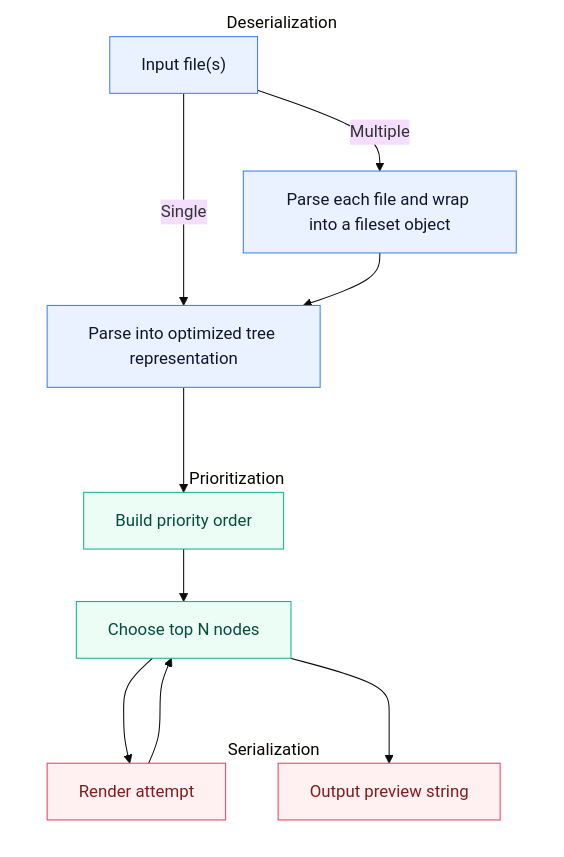
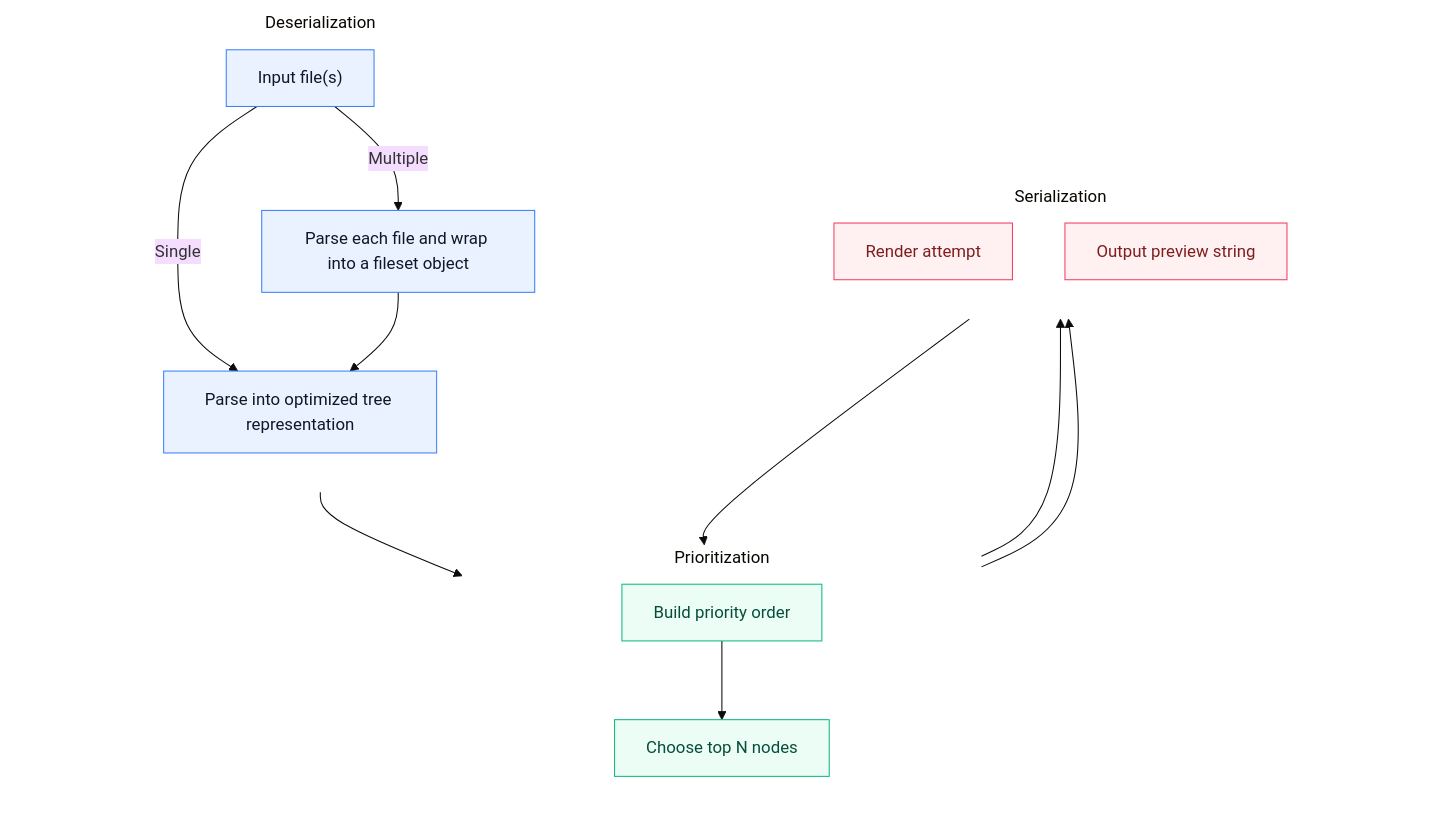
Before and after one commit to kantord/headson: the diagram in README.md, drawn with Mermaid (base theme).

````diff
--- a/README.md
+++ b/README.md
@@ -153,32 +153,42 @@
 ```mermaid
 flowchart TD
     subgraph Deserialization
+        direction TB
+        ZD1[" "]:::spacer
         A["Input file(s)"]
         A -- Single --> C["Parse into optimized tree representation"]
         A -- Multiple --> D["Parse each file and wrap into a fileset object"]
         D --> C
+        ZD2[" "]:::spacer
     end
     subgraph Prioritization
+        direction TB
+        ZP1[" "]:::spacer
         E["Build priority order"]
         F["Choose top N nodes"]
+        ZP2[" "]:::spacer
     end
     subgraph Serialization
+        direction TB
+        ZS1[" "]:::spacer
         G["Render attempt"]
         H["Output preview string"]
+        ZS2[" "]:::spacer
     end
     C --> E
     E --> F
     F --> G
     G --> F
     F --> H
     %% Color classes for categories
     classDef des fill:#eaf2ff,stroke:#3b82f6,stroke-width:1px,color:#0f172a;
     classDef prio fill:#ecfdf5,stroke:#10b981,stroke-width:1px,color:#064e3b;
     classDef ser fill:#fff1f2,stroke:#f43f5e,stroke-width:1px,color:#7f1d1d;
+    classDef spacer fill:transparent,stroke:transparent,stroke-width:0px;
     class A,C,D des;
     class E,F prio;
     class G,H ser;
     style Deserialization fill:transparent,stroke:transparent
     style Prioritization fill:transparent,stroke:transparent
     style Serialization fill:transparent,stroke:transparent
 ```
````
